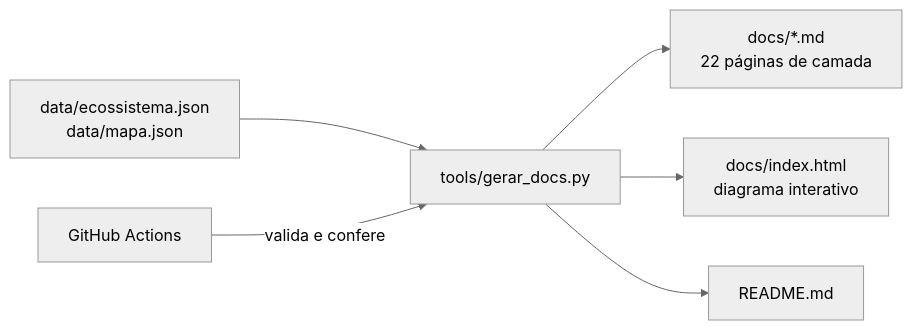
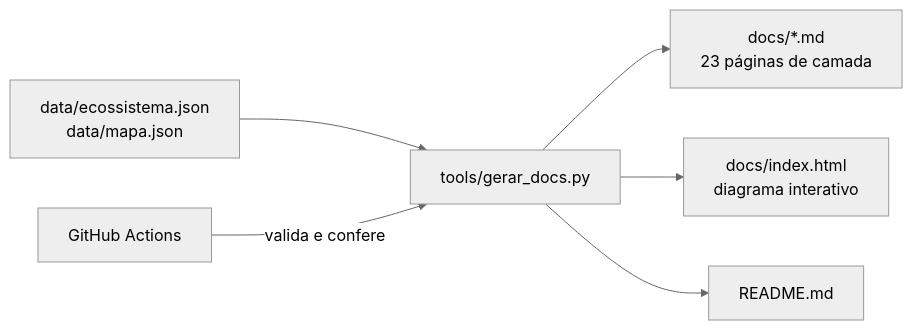
Before and after one commit to AlanMateus17/dev-setup: the second of 2 diagrams in README.md, drawn with Mermaid (neutral theme). The commit also changed other lines of this file and 44 other files, not shown here.

````diff
--- a/README.md
+++ b/README.md
@@ -113,8 +116,8 @@
 ```mermaid
 flowchart LR
   D["data/ecossistema.json<br/>data/mapa.json"] --> G["tools/gerar_docs.py"]
-  G --> M["docs/*.md<br/>22 páginas de camada"]
+  G --> M["docs/*.md<br/>23 páginas de camada"]
   G --> H["docs/index.html<br/>diagrama interativo"]
   G --> R["README.md"]
   CI["GitHub Actions"] -->|"valida e confere"| G
 ```
````
